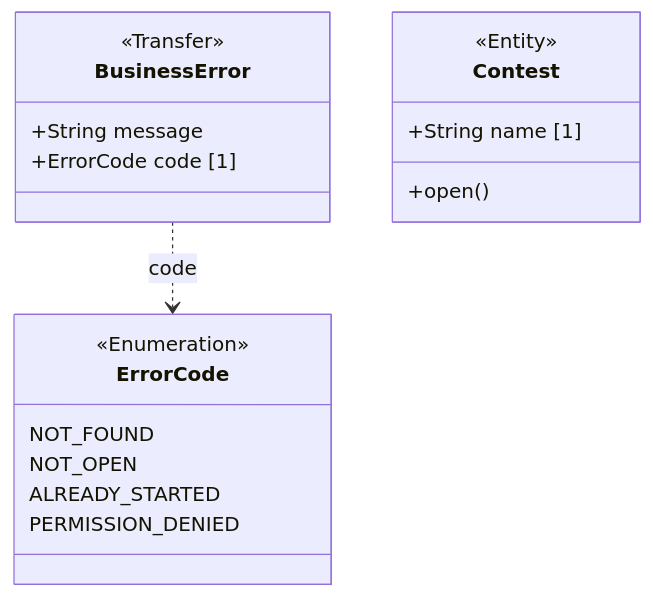
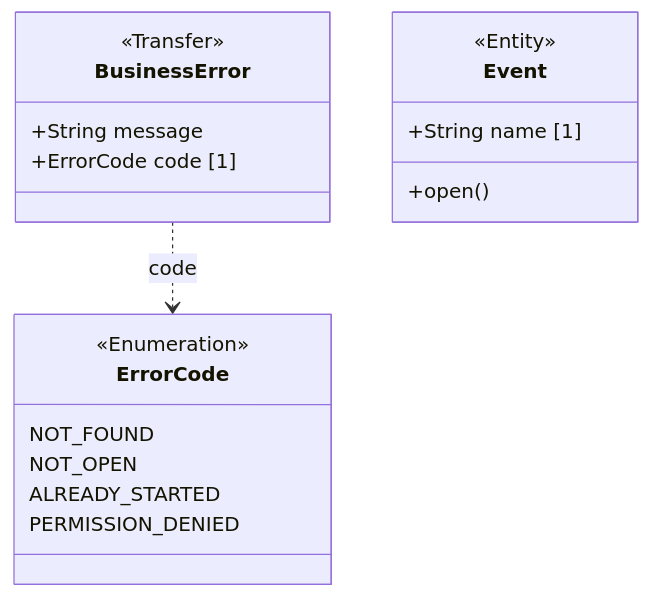
One commit to BlackBeltTechnology/judo-blueprint changed the diagram in catalog/best-practices/model/error-code-enum-pattern.md. Above: the diagram before and after it, drawn with Mermaid. The commit also changed other lines of this file and 538 other files, not shown here.

````diff
--- a/catalog/best-practices/model/error-code-enum-pattern.md
+++ b/catalog/best-practices/model/error-code-enum-pattern.md
@@ -66,21 +66,21 @@
 ```mermaid
 classDiagram
   class BusinessError {
     <<Transfer>>
     +String message
     +ErrorCode code [1]
-  }
-  class Contest {
-    <<Entity>>
-    +String name [1]
-    +open()
   }
   class ErrorCode {
     <<Enumeration>>
     NOT_FOUND
     NOT_OPEN
     ALREADY_STARTED
     PERMISSION_DENIED
   }
+  class Event {
+    <<Entity>>
+    +String name [1]
+    +open()
+  }
   BusinessError ..> ErrorCode : code
 ```
````
